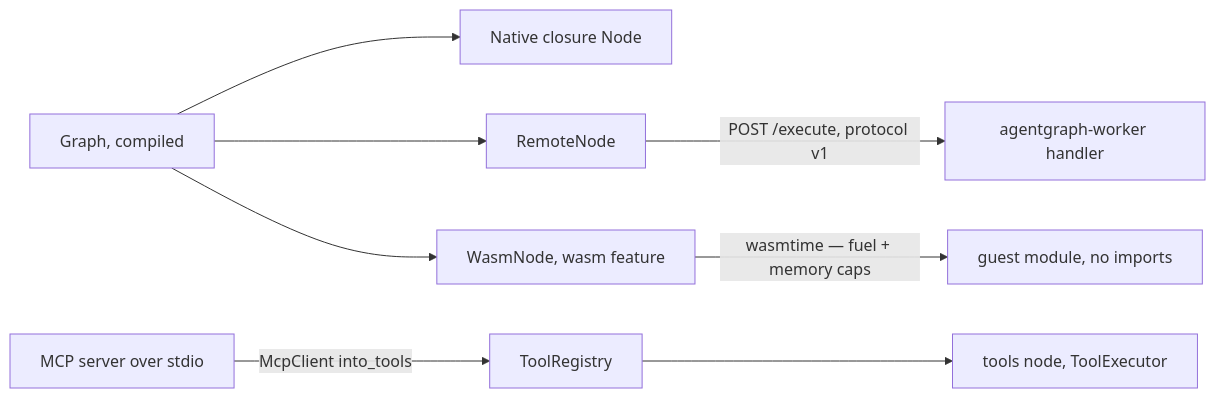
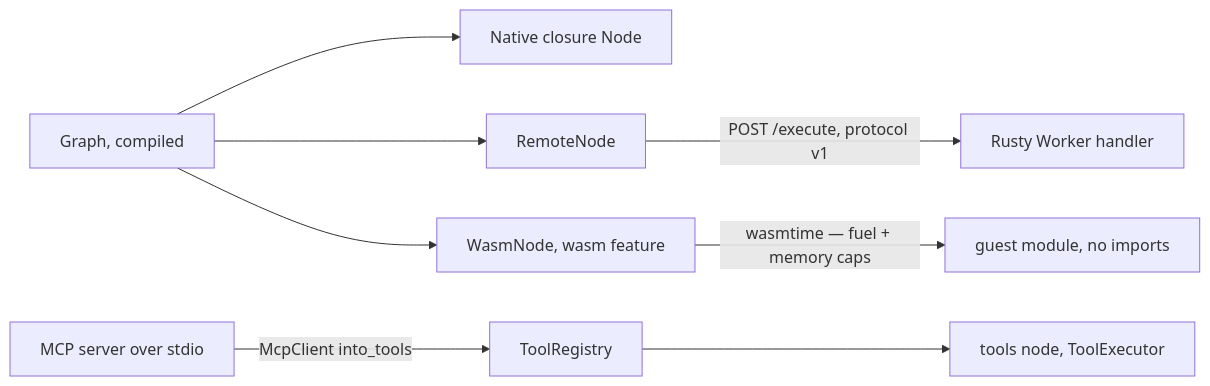
The seventh of 8 diagrams in README.md (dev-amjad-shaikh/agentgraph), drawn with Mermaid before and after one commit. The commit also changed other lines of this file and 152 other files, not shown here.

````diff
--- a/README.md
+++ b/README.md
@@ -278,10 +280,10 @@
 ```mermaid
 flowchart LR
     G["Graph, compiled"] --> N1["Native closure Node"]
     G --> N2["RemoteNode"]
     G --> N3["WasmNode, wasm feature"]
-    N2 -->|"POST /execute, protocol v1"| W["agentgraph-worker handler"]
+    N2 -->|"POST /execute, protocol v1"| W["Rusty Worker handler"]
     N3 -->|"wasmtime — fuel + memory caps"| WA["guest module, no imports"]
     MC["MCP server over stdio"] -->|"McpClient into_tools"| TR["ToolRegistry"]
     TR --> TN["tools node, ToolExecutor"]
 ```
````
